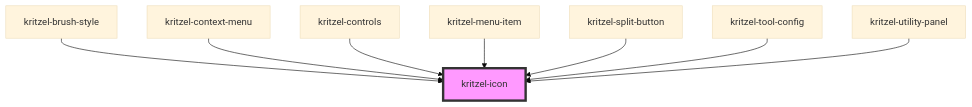
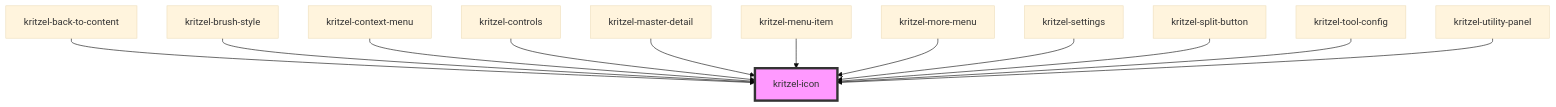
The diagram in libs/kritzel-stencil/src/components/shared/kritzel-icon/readme.md (kasual1/kritzel), drawn with Mermaid (base theme) before and after one commit. The commit also changed other lines of this file and 16 other files, not shown here.

````diff
--- a/libs/kritzel-stencil/src/components/shared/kritzel-icon/readme.md
+++ b/libs/kritzel-stencil/src/components/shared/kritzel-icon/readme.md
@@ -30,11 +34,15 @@
 ```mermaid
 graph TD;
+  kritzel-back-to-content --> kritzel-icon
   kritzel-brush-style --> kritzel-icon
   kritzel-context-menu --> kritzel-icon
   kritzel-controls --> kritzel-icon
+  kritzel-master-detail --> kritzel-icon
   kritzel-menu-item --> kritzel-icon
+  kritzel-more-menu --> kritzel-icon
+  kritzel-settings --> kritzel-icon
   kritzel-split-button --> kritzel-icon
   kritzel-tool-config --> kritzel-icon
   kritzel-utility-panel --> kritzel-icon
   style kritzel-icon fill:#f9f,stroke:#333,stroke-width:4px
 ```
````
